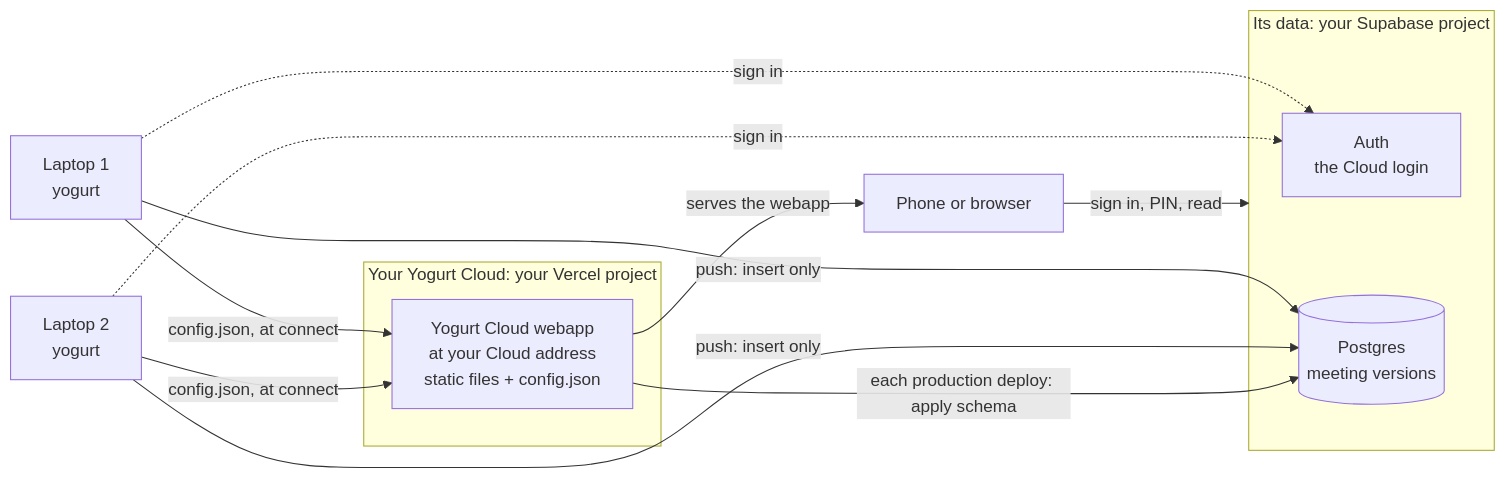
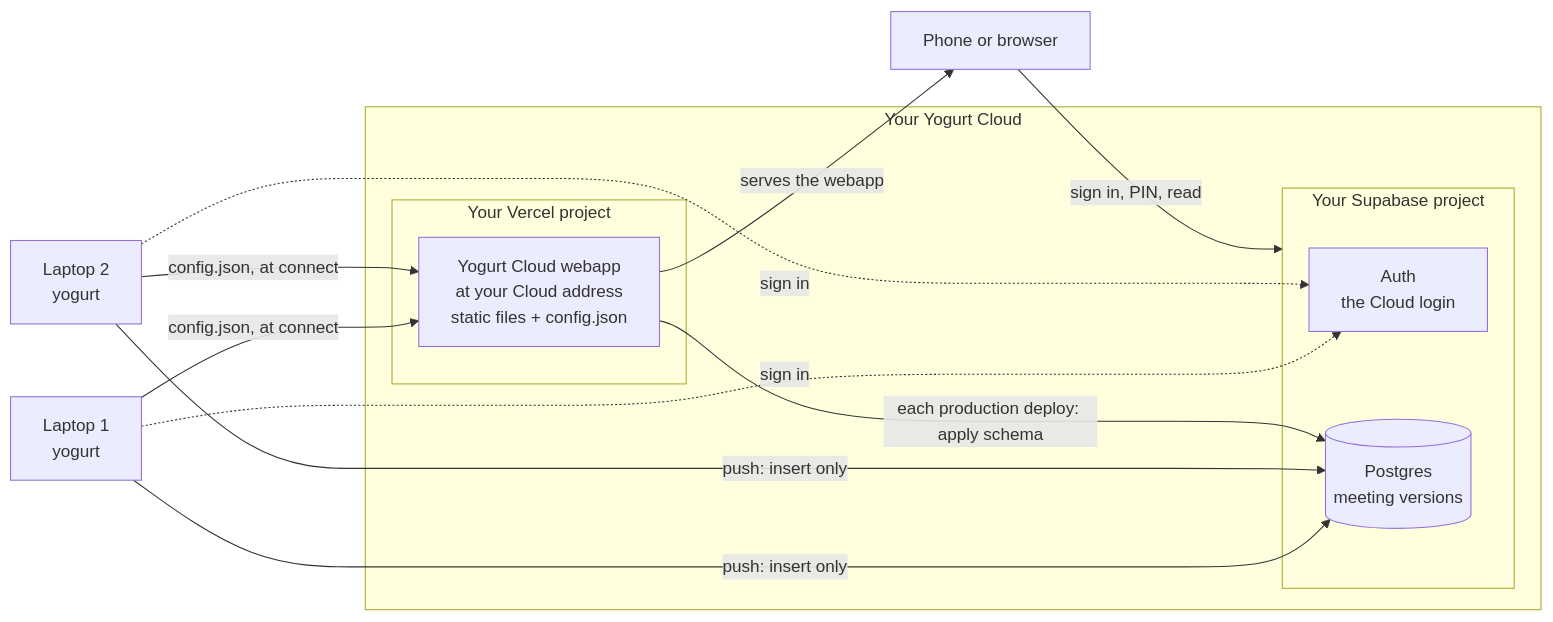
The first of 3 diagrams in docs/CLOUD-SYNC.md (jarvisrchen/yogurt), drawn with Mermaid before and after one commit. The commit also changed other lines of this file and 14 other files, not shown here.

````diff
--- a/docs/CLOUD-SYNC.md
+++ b/docs/CLOUD-SYNC.md
@@ -22,20 +23,22 @@
 ```mermaid
 flowchart LR
   L1["Laptop 1<br/>yogurt"]
   L2["Laptop 2<br/>yogurt"]
-  subgraph VC["Your Yogurt Cloud: your Vercel project"]
-    WEB["Yogurt Cloud webapp<br/>at your Cloud address<br/>static files + config.json"]
-  end
-  subgraph SB["Its data: your Supabase project"]
-    AUTH["Auth<br/>the Cloud login"]
-    DB[("Postgres<br/>meeting versions")]
+  subgraph YC["Your Yogurt Cloud"]
+    subgraph VC["Your Vercel project"]
+      WEB["Yogurt Cloud webapp<br/>at your Cloud address<br/>static files + config.json"]
+    end
+    subgraph SB["Your Supabase project"]
+      AUTH["Auth<br/>the Cloud login"]
+      DB[("Postgres<br/>meeting versions")]
+    end
   end
   PH["Phone or browser"]
 
   L1 & L2 -- "push: insert only" --> DB
   L1 & L2 -. "sign in" .-> AUTH
   L1 & L2 -- "config.json, at connect" --> WEB
   WEB -- "each production deploy: apply schema" --> DB
   WEB -- "serves the webapp" --> PH
   PH -- "sign in, PIN, read" --> SB
 ```
````
